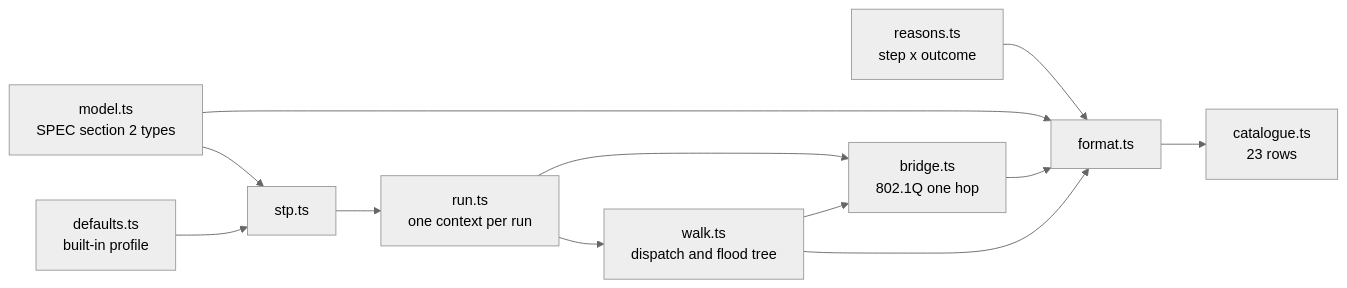
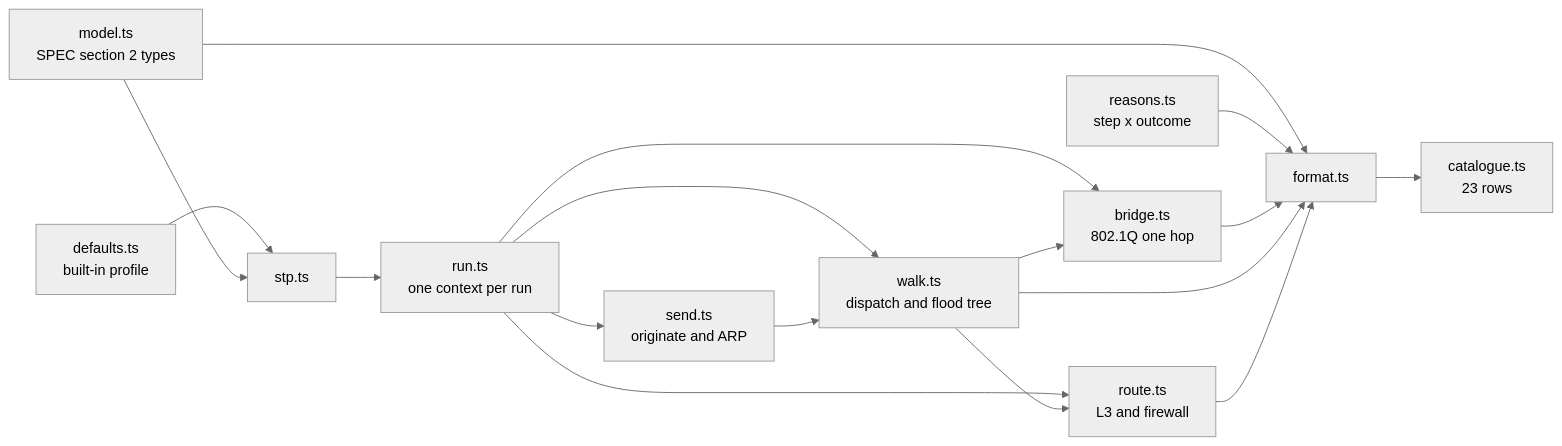
The first of 3 diagrams in docs/architecture.md (alanfong93/network-sandbox), drawn with Mermaid (neutral theme) before and after one commit. The commit also changed other lines of this file and 18 other files, not shown here.

First line of the commit message:
feat: hosts, ARP, routing and the inter-VLAN firewall (#20)

````diff
--- a/docs/architecture.md
+++ b/docs/architecture.md
@@ -11,23 +12,30 @@
 ```mermaid
 flowchart LR
     M[model.ts<br>SPEC section 2 types] --> F[format.ts]
     R[reasons.ts<br>step x outcome] --> F
     F --> C[catalogue.ts<br>23 rows]
     D[defaults.ts<br>built-in profile] --> S[stp.ts]
     M --> S
     S --> U[run.ts<br>one context per run]
     U --> B[bridge.ts<br>802.1Q one hop]
     U --> W[walk.ts<br>dispatch and flood tree]
+    U --> O[route.ts<br>L3 and firewall]
+    U --> N[send.ts<br>originate and ARP]
     W --> B
+    W --> O
+    N --> W
     B --> F
     W --> F
+    O --> F
     style M color:#000
     style R color:#000
     style F color:#000
     style C color:#000
     style D color:#000
     style S color:#000
     style U color:#000
     style B color:#000
     style W color:#000
+    style O color:#000
+    style N color:#000
 ```
````
